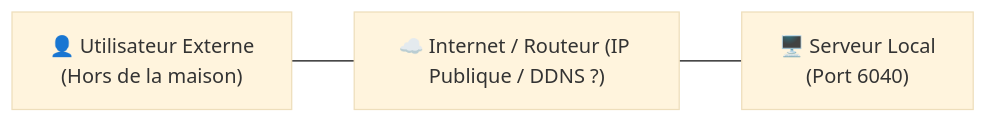
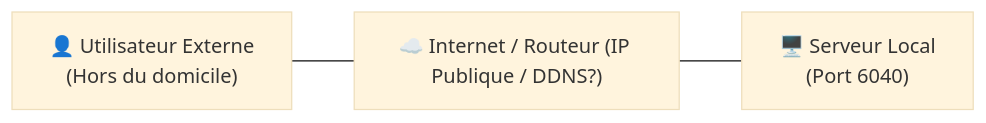
Before and after one commit to Librefolio/LibreFolio: the first of 5 diagrams in mkdocs_src/docs/admin/tailscale_exposure.fr.md, drawn with Mermaid (base theme). The commit also changed other lines of this file and 13 other files, not shown here.

````diff
--- a/mkdocs_src/docs/admin/tailscale_exposure.fr.md
+++ b/mkdocs_src/docs/admin/tailscale_exposure.fr.md
@@ -23,5 +23,5 @@
 ```mermaid
 graph LR
-    User["👤 Utilisateur Externe<br>(Hors de la maison)"] --- Cloud["☁️ Internet / Routeur (IP Publique / DDNS ?)"]
-    Cloud --- Server["🖥️ Serveur Local<br>(Port 6040)"]
+ User["👤 Utilisateur Externe<br>(Hors du domicile)"] --- Cloud["☁️ Internet / Routeur (IP Publique / DDNS?)"]
+ Cloud --- Server["🖥️ Serveur Local<br>(Port 6040)"]
 ```
````
